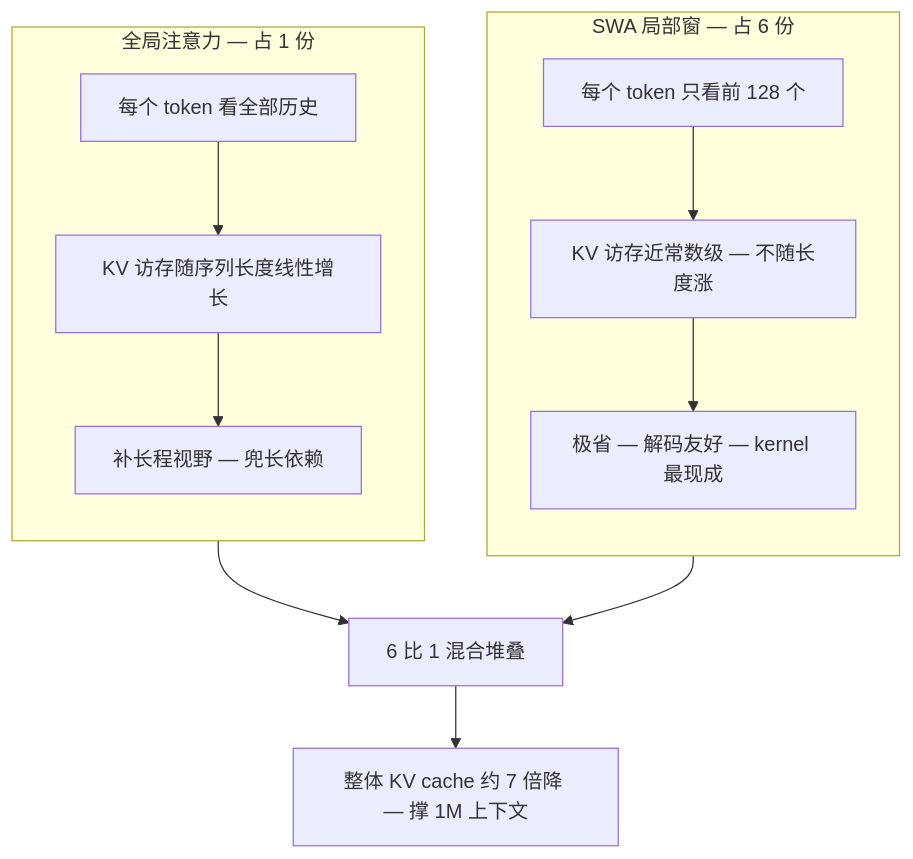
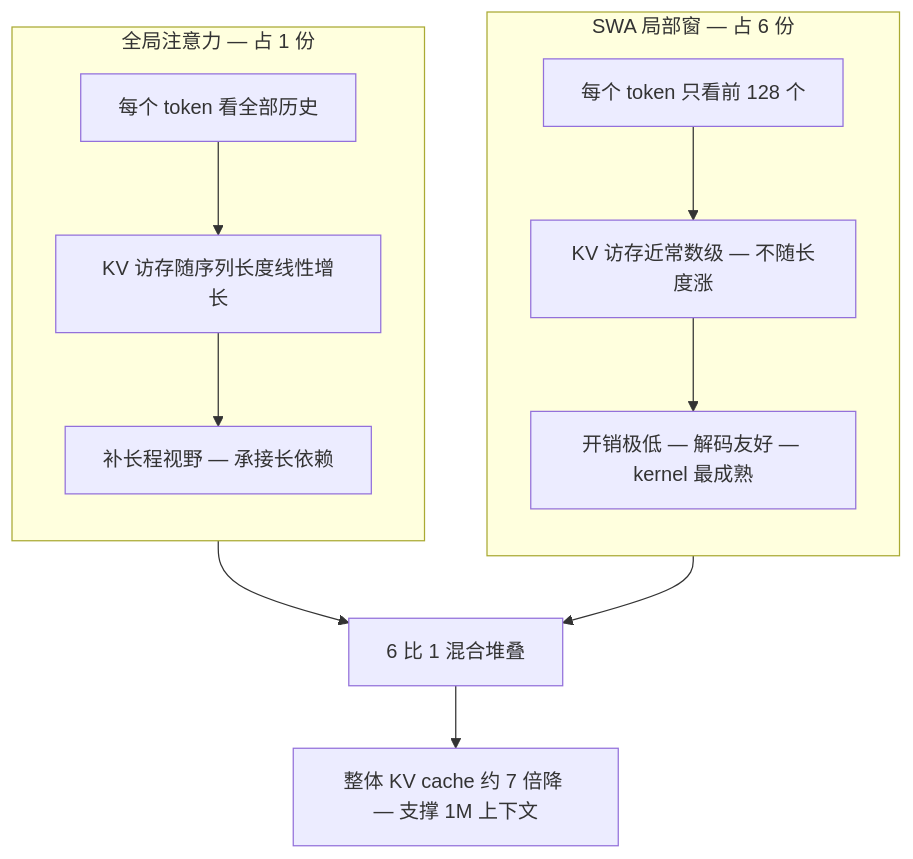
The second of 4 diagrams in docs/blog/dispatch-07-mimo-v2-5.md (lloo099/mission44), drawn with Mermaid before and after one commit. The commit also changed other lines of this file and 24 other files, not shown here.

Commit message:
全站文风统一:29 篇按'专业简洁、去口语化'标准批量修订 — 确定性替换 100 处(崩法→失稳模式/洼地→空白领域/占坑→公开工作/黑箱→未公开/datatype 动物园→谱系/押注→投入/护城河→竞争壁垒 等)+ 8 个编辑 agent 分批逐句精修(D24 单篇 38 处;两轮均遇用量上限中断后续跑完成)+ blog.json 摘要 6 处 + 综述残留 2 处. 术语全站一致化; 29 文件 mermaid 全验证 0 errors; 快照页同步重建

````diff
--- a/docs/blog/dispatch-07-mimo-v2-5.md
+++ b/docs/blog/dispatch-07-mimo-v2-5.md
@@ -54,20 +54,20 @@
 ```mermaid
 flowchart TB
   subgraph SWA ["SWA 局部窗 — 占 6 份"]
     direction TB
     S1["每个 token 只看前 128 个"]
     S2["KV 访存近常数级 — 不随长度涨"]
-    S3["极省 — 解码友好 — kernel 最现成"]
+    S3["开销极低 — 解码友好 — kernel 最成熟"]
     S1 --> S2 --> S3
   end
   subgraph GLB ["全局注意力 — 占 1 份"]
     direction TB
     G1["每个 token 看全部历史"]
     G2["KV 访存随序列长度线性增长"]
-    G3["补长程视野 — 兜长依赖"]
+    G3["补长程视野 — 承接长依赖"]
     G1 --> G2 --> G3
   end
   S3 --> MIX["6 比 1 混合堆叠"]
   G3 --> MIX
-  MIX --> CUT["整体 KV cache 约 7 倍降 — 撑 1M 上下文"]
+  MIX --> CUT["整体 KV cache 约 7 倍降 — 支撑 1M 上下文"]
 ```
````
